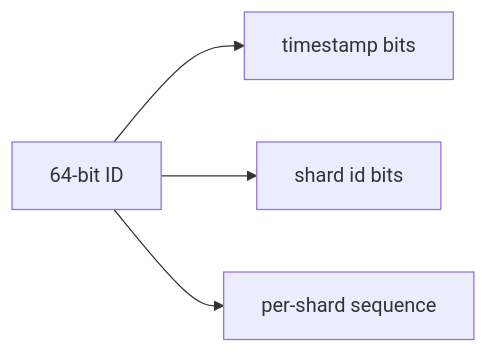
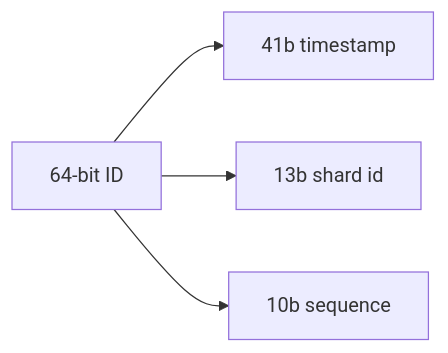
The diagram in system-design/2-case-studies/companies/instagram.md (hiepgithub2001/swedocs), drawn with Mermaid before and after one commit. The commit also changed other lines of this file and 12 other files, not shown here.

Commit message:
Expand all 13 case studies with deeper detail (clarifying Qs, estimation math, schemas, more deep dives & diagrams)

````diff
--- a/system-design/2-case-studies/companies/instagram.md
+++ b/system-design/2-case-studies/companies/instagram.md
@@ -24,6 +36,6 @@
 ```mermaid
 flowchart LR
-    ID[64-bit ID] --> T[timestamp bits]
-    ID --> Sh[shard id bits]
-    ID --> Seq[per-shard sequence]
+    ID[64-bit ID] --> T[41b timestamp]
+    ID --> S[13b shard id]
+    ID --> Seq[10b sequence]
 ```
````
